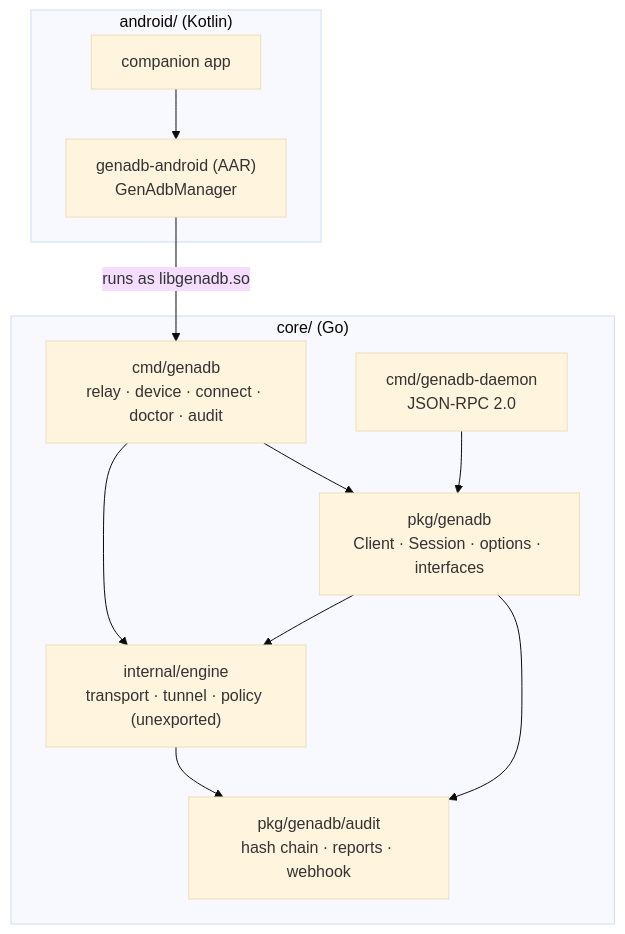
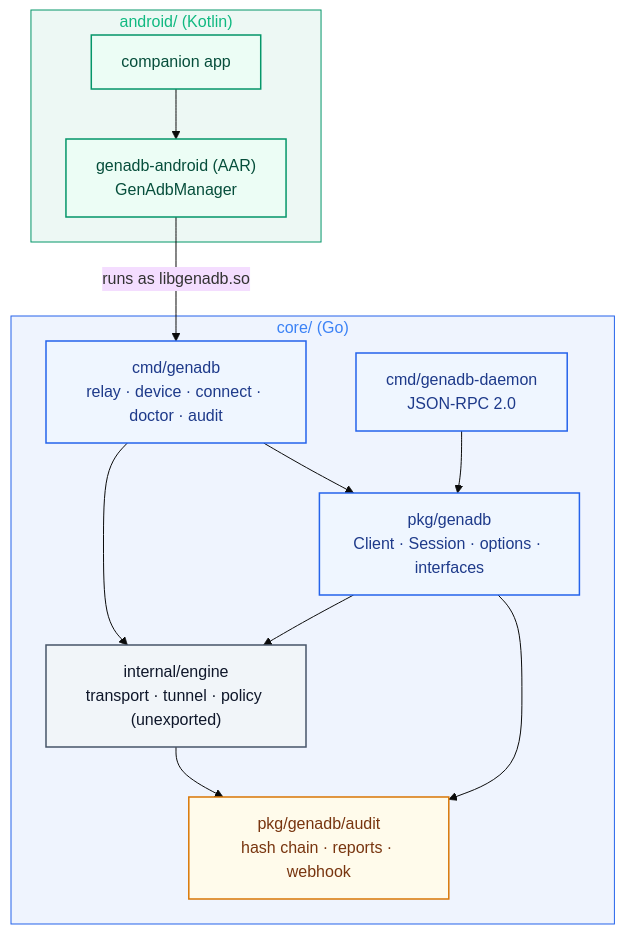
Before and after one commit to SumukhaK/New-GenADB: the third of 3 diagrams in README.md, drawn with Mermaid (base theme). The commit also changed other lines of this file and 2 other files, not shown here.

First line of the commit message:
Add project logo, banner and badges; color the README diagrams (#9)

````diff
--- a/README.md
+++ b/README.md
@@ -70,22 +98,33 @@
 ```mermaid
 flowchart TB
     subgraph Go["core/ (Go)"]
         CLI["cmd/genadb<br/>relay · device · connect · doctor · audit"]
         DMN["cmd/genadb-daemon<br/>JSON-RPC 2.0"]
         SDK["pkg/genadb<br/>Client · Session · options · interfaces"]
         AUD["pkg/genadb/audit<br/>hash chain · reports · webhook"]
         ENG["internal/engine<br/>transport · tunnel · policy (unexported)"]
         CLI --> ENG
         CLI --> SDK
         DMN --> SDK
         SDK --> ENG
         SDK --> AUD
         ENG --> AUD
     end
     subgraph Android["android/ (Kotlin)"]
         LIB["genadb-android (AAR)<br/>GenAdbManager"]
         APP["companion app"]
         APP --> LIB
     end
     LIB -->|"runs as libgenadb.so"| CLI
+
+    classDef dev fill:#EFF6FF,stroke:#2563EB,stroke-width:1.5px,color:#1E3A8A
+    classDef relay fill:#FFFBEB,stroke:#D97706,stroke-width:1.5px,color:#78350F
+    classDef phone fill:#ECFDF5,stroke:#059669,stroke-width:1.5px,color:#064E3B
+    classDef engine fill:#F1F5F9,stroke:#475569,stroke-width:1.5px,color:#0F172A
+    class CLI,DMN,SDK dev
+    class AUD relay
+    class ENG engine
+    class LIB,APP phone
+    style Go fill:#2563EB12,stroke:#2563EB,stroke-width:1px,color:#3B82F6
+    style Android fill:#05966912,stroke:#059669,stroke-width:1px,color:#10B981
 ```
````
